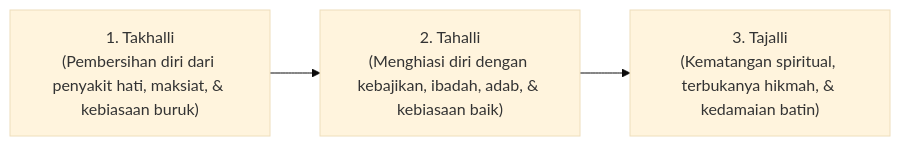
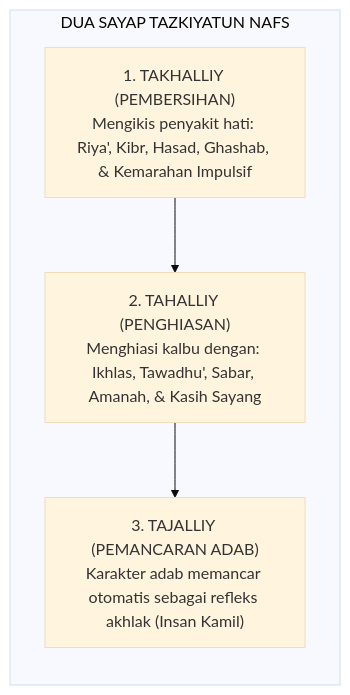
Before and after one commit to wandiapriliyandi/tumbuh: the first of 2 diagrams in 01 Philosophy/03 Human Development/P1-03-01-Tazkiyatun-Nafs-dan-Pertumbuhan-Jiwa.md, drawn with Mermaid (base theme). The commit also changed other lines of this file and 5 other files, not shown here.

````diff
--- a/01 Philosophy/03 Human Development/P1-03-01-Tazkiyatun-Nafs-dan-Pertumbuhan-Jiwa.md
+++ b/01 Philosophy/03 Human Development/P1-03-01-Tazkiyatun-Nafs-dan-Pertumbuhan-Jiwa.md
@@ -24,5 +32,10 @@
 ```mermaid
 graph LR
-    Takhalli["1. Takhalli<br/>(Pembersihan diri dari penyakit hati, maksiat, & kebiasaan buruk)"] --> Tahalli["2. Tahalli<br/>(Menghiasi diri dengan kebajikan, ibadah, adab, & kebiasaan baik)"]
-    Tahalli --> Tajalli["3. Tajalli<br/>(Kematangan spiritual, terbukanya hikmah, & kedamaian batin)"]
+    subgraph TazkiyahDual["DUA SAYAP TAZKIYATUN NAFS"]
+        Takhalliy["1. TAKHALLIY (PEMBERSIHAN)<br/>Mengikis penyakit hati: Riya', Kibr, Hasad, Ghashab, & Kemarahan Impulsif"]
+        Tahalliy["2. TAHALLIY (PENGHIASAN)<br/>Menghiasi kalbu dengan: Ikhlas, Tawadhu', Sabar, Amanah, & Kasih Sayang"]
+        Tajalliy["3. TAJALLIY (PEMANCARAN ADAB)<br/>Karakter adab memancar otomatis sebagai refleks akhlak (Insan Kamil)"]
+        
+        Takhalliy --> Tahalliy --> Tajalliy
+    end
 ```
````
